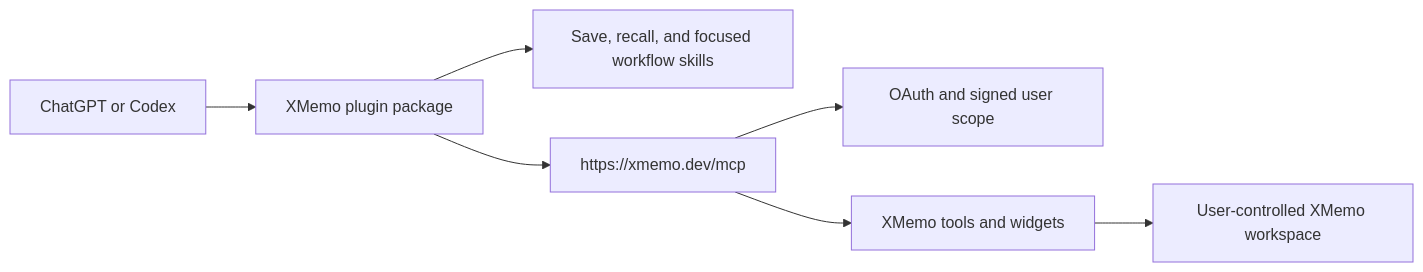
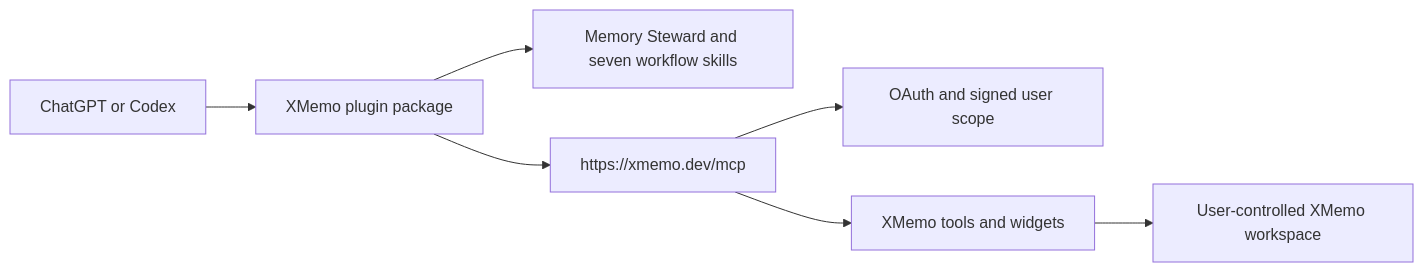
One commit to yonro/xmemo-chatgpt-plugin changed the diagram in README.md. Above: the diagram before and after it, drawn with Mermaid. The commit also changed other lines of this file and 12 other files, not shown here.

Commit message:
Unify save and recall in Memory Steward and keep eight skills (#4)

````diff
--- a/README.md
+++ b/README.md
@@ -61,9 +61,9 @@
 ```mermaid
 flowchart LR
     A["ChatGPT or Codex"] --> P["XMemo plugin package"]
-    P --> S["Save, recall, and focused workflow skills"]
+    P --> S["Memory Steward and seven workflow skills"]
     P --> M["https://xmemo.dev/mcp"]
     M --> O["OAuth and signed user scope"]
     M --> T["XMemo tools and widgets"]
     T --> D["User-controlled XMemo workspace"]
 ```
````
